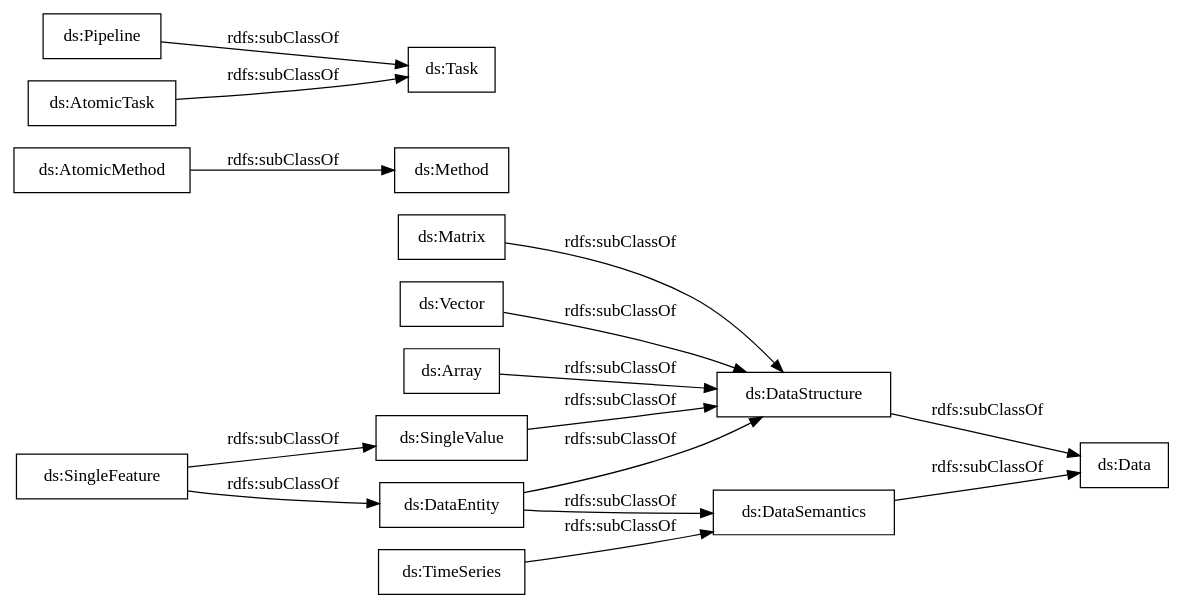
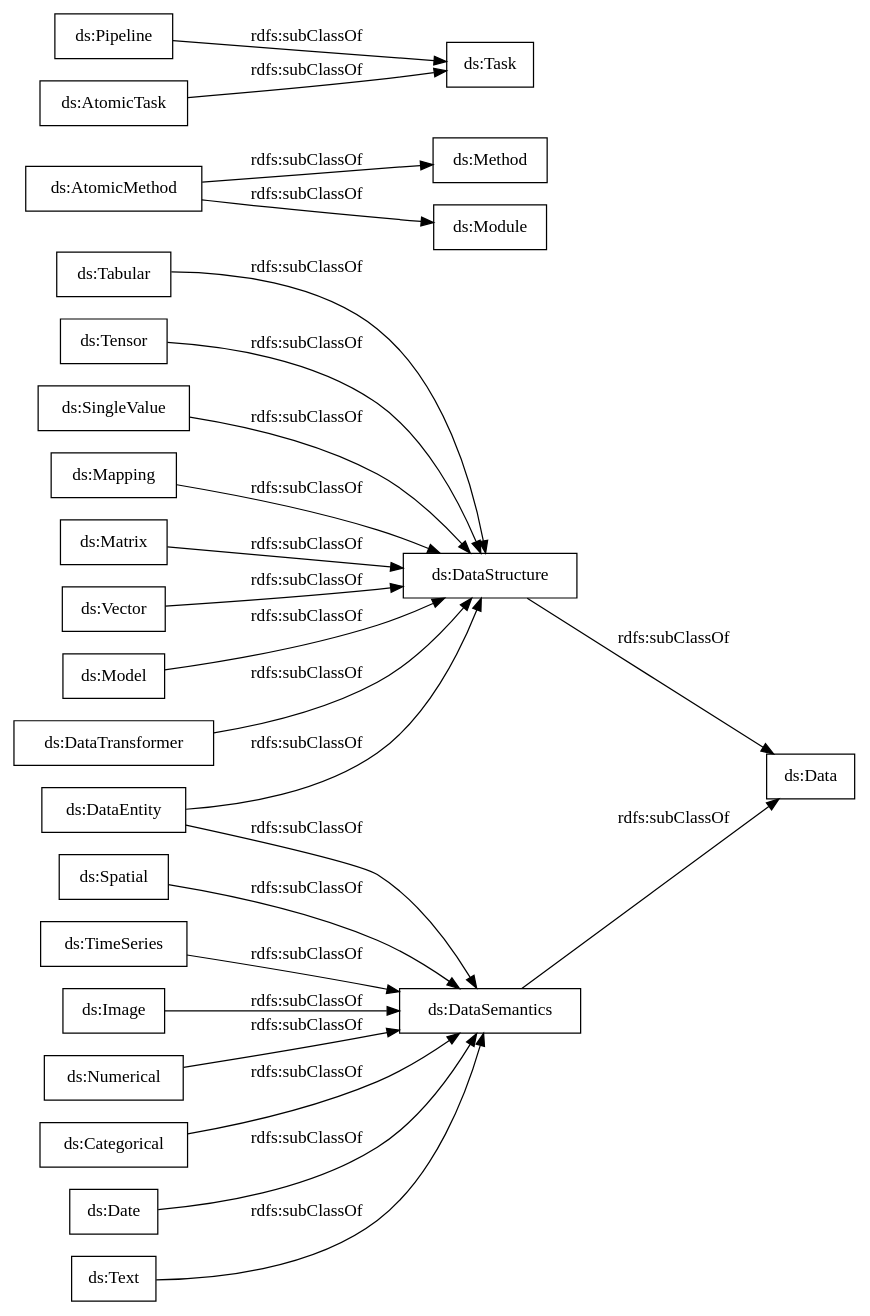
Before and after one commit to nsai-uio/ExeKGOntology: the diagram in OnToology/ds_exeKGOntology.ttl/diagrams/ar2dtool-taxonomy/ds_exeKGOntology.ttl.png.dot, drawn with Graphviz. The commit also changed 797 other files, not shown here.

```diff
--- a/OnToology/ds_exeKGOntology.ttl/diagrams/ar2dtool-taxonomy/ds_exeKGOntology.ttl.png.dot
+++ b/OnToology/ds_exeKGOntology.ttl/diagrams/ar2dtool-taxonomy/ds_exeKGOntology.ttl.png.dot
@@ -1,20 +1,29 @@
 digraph ar2dtool_diagram { 
 rankdir=LR;
 size="1000"
-node [shape = rectangle, color="black"]; "ds:Array" "ds:Data" "ds:Method" "ds:Pipeline" "ds:Task" "ds:SingleValue" "ds:Matrix" "ds:DataSemantics" "ds:DataStructure" "ds:AtomicTask" "ds:Vector" "ds:DataEntity" "ds:SingleFeature" "ds:AtomicMethod" "ds:TimeSeries" ; /*classes style*/
-	"ds:TimeSeries" -> "ds:DataSemantics" [ label = "rdfs:subClassOf" ];
-	"ds:Pipeline" -> "ds:Task" [ label = "rdfs:subClassOf" ];
-	"ds:Vector" -> "ds:DataStructure" [ label = "rdfs:subClassOf" ];
-	"ds:SingleFeature" -> "ds:SingleValue" [ label = "rdfs:subClassOf" ];
-	"ds:SingleFeature" -> "ds:DataEntity" [ label = "rdfs:subClassOf" ];
+node [shape = rectangle, color="black"]; "ds:Spatial" "ds:DataTransformer" "ds:Data" "ds:Tabular" "ds:Tensor" "ds:Method" "ds:Pipeline" "ds:Task" "ds:SingleValue" "ds:Mapping" "ds:Numerical" "ds:Matrix" "ds:DataSemantics" "ds:Categorical" "ds:DataStructure" "ds:AtomicTask" "ds:Vector" "ds:Model" "ds:Date" "ds:Module" "ds:DataEntity" "ds:AtomicMethod" "ds:Text" "ds:TimeSeries" "ds:Image" ; /*classes style*/
+	"ds:Tensor" -> "ds:DataStructure" [ label = "rdfs:subClassOf" ];
+	"ds:DataTransformer" -> "ds:DataStructure" [ label = "rdfs:subClassOf" ];
 	"ds:DataEntity" -> "ds:DataStructure" [ label = "rdfs:subClassOf" ];
 	"ds:DataEntity" -> "ds:DataSemantics" [ label = "rdfs:subClassOf" ];
-	"ds:Array" -> "ds:DataStructure" [ label = "rdfs:subClassOf" ];
+	"ds:Model" -> "ds:DataStructure" [ label = "rdfs:subClassOf" ];
+	"ds:Mapping" -> "ds:DataStructure" [ label = "rdfs:subClassOf" ];
+	"ds:SingleValue" -> "ds:DataStructure" [ label = "rdfs:subClassOf" ];
+	"ds:Spatial" -> "ds:DataSemantics" [ label = "rdfs:subClassOf" ];
 	"ds:Matrix" -> "ds:DataStructure" [ label = "rdfs:subClassOf" ];
+	"ds:Pipeline" -> "ds:Task" [ label = "rdfs:subClassOf" ];
+	"ds:Tabular" -> "ds:DataStructure" [ label = "rdfs:subClassOf" ];
+	"ds:Numerical" -> "ds:DataSemantics" [ label = "rdfs:subClassOf" ];
+	"ds:Image" -> "ds:DataSemantics" [ label = "rdfs:subClassOf" ];
+	"ds:Categorical" -> "ds:DataSemantics" [ label = "rdfs:subClassOf" ];
 	"ds:DataStructure" -> "ds:Data" [ label = "rdfs:subClassOf" ];
-	"ds:SingleValue" -> "ds:DataStructure" [ label = "rdfs:subClassOf" ];
+	"ds:DataSemantics" -> "ds:Data" [ label = "rdfs:subClassOf" ];
+	"ds:Date" -> "ds:DataSemantics" [ label = "rdfs:subClassOf" ];
+	"ds:AtomicMethod" -> "ds:Module" [ label = "rdfs:subClassOf" ];
 	"ds:AtomicMethod" -> "ds:Method" [ label = "rdfs:subClassOf" ];
 	"ds:AtomicTask" -> "ds:Task" [ label = "rdfs:subClassOf" ];
-	"ds:DataSemantics" -> "ds:Data" [ label = "rdfs:subClassOf" ];
+	"ds:TimeSeries" -> "ds:DataSemantics" [ label = "rdfs:subClassOf" ];
+	"ds:Vector" -> "ds:DataStructure" [ label = "rdfs:subClassOf" ];
+	"ds:Text" -> "ds:DataSemantics" [ label = "rdfs:subClassOf" ];
 
 }
```
